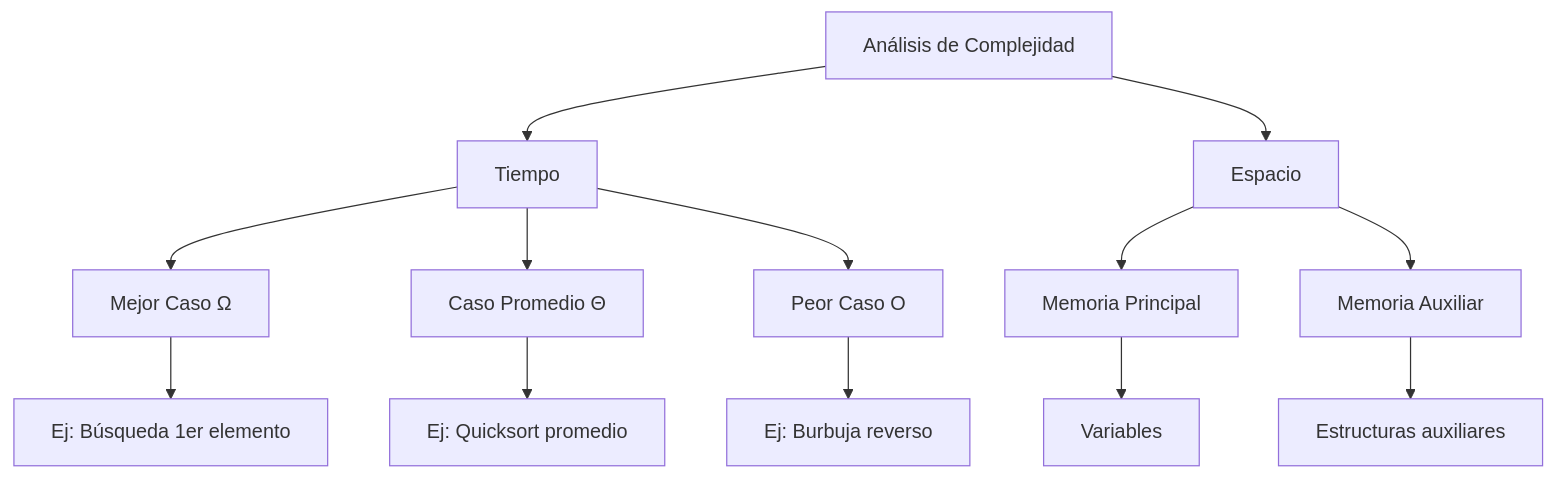
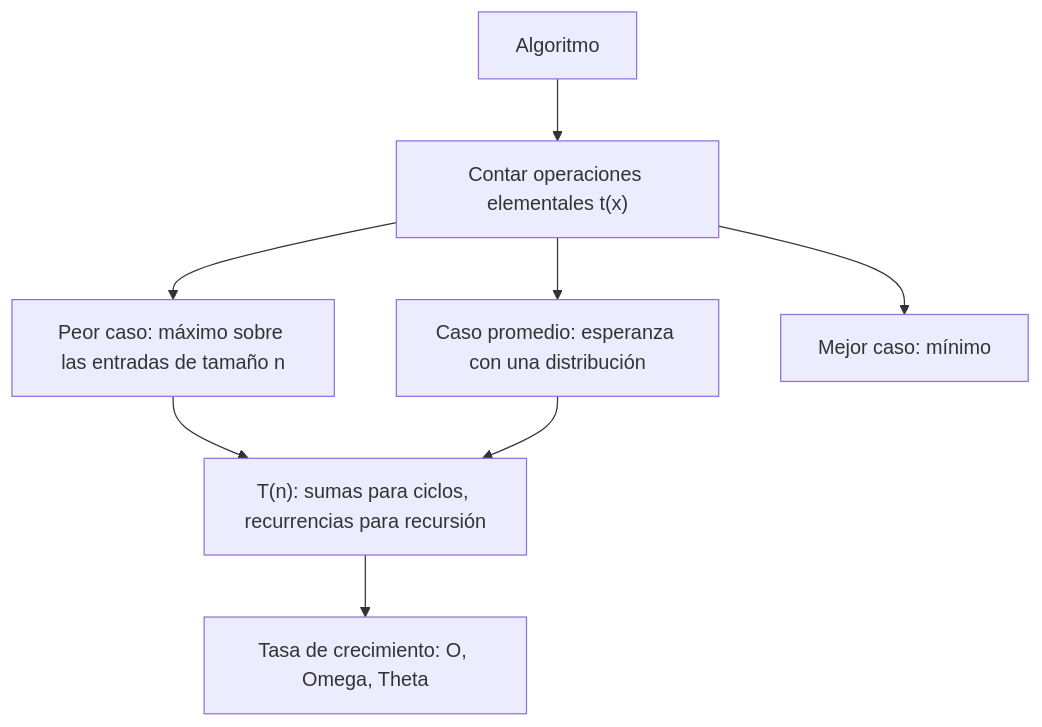
Before and after one commit to djaimej/computer-science-template: the diagram in public/documents/semester-5/1/5113.md, drawn with Mermaid. The commit also changed other lines of this file and 3 other files, not shown here.

````diff
--- a/public/documents/semester-5/1/5113.md
+++ b/public/documents/semester-5/1/5113.md
@@ -87,19 +62,10 @@
 ```mermaid
-graph TD
-    A[Análisis de Complejidad] --> B[Tiempo]
-    A --> C[Espacio]
-
-    B --> D[Mejor Caso Ω]
-    B --> E[Caso Promedio Θ]
-    B --> F[Peor Caso O]
-
-    C --> G[Memoria Principal]
-    C --> H[Memoria Auxiliar]
-
-    D --> I[Ej: Búsqueda 1er elemento]
-    E --> J[Ej: Quicksort promedio]
-    F --> K[Ej: Burbuja reverso]
-
-    G --> L[Variables]
-    H --> M[Estructuras auxiliares]
+flowchart TD
+    A["Algoritmo"] --> B["Contar operaciones elementales t(x)"]
+    B --> C["Peor caso: máximo sobre las entradas de tamaño n"]
+    B --> D["Caso promedio: esperanza con una distribución"]
+    B --> E["Mejor caso: mínimo"]
+    C --> F["T(n): sumas para ciclos, recurrencias para recursión"]
+    D --> F
+    F --> G["Tasa de crecimiento: O, Omega, Theta"]
 ```
````
